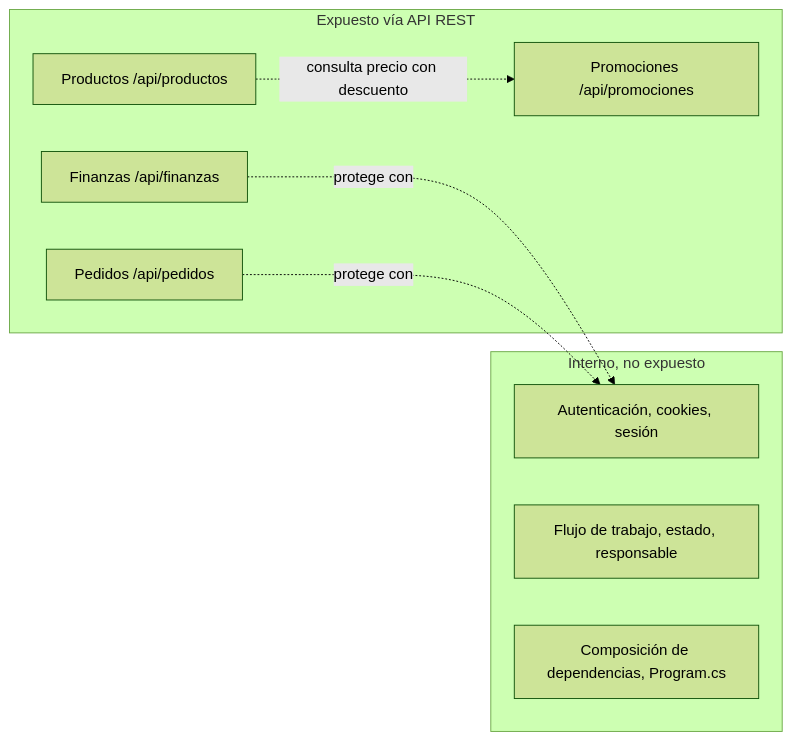
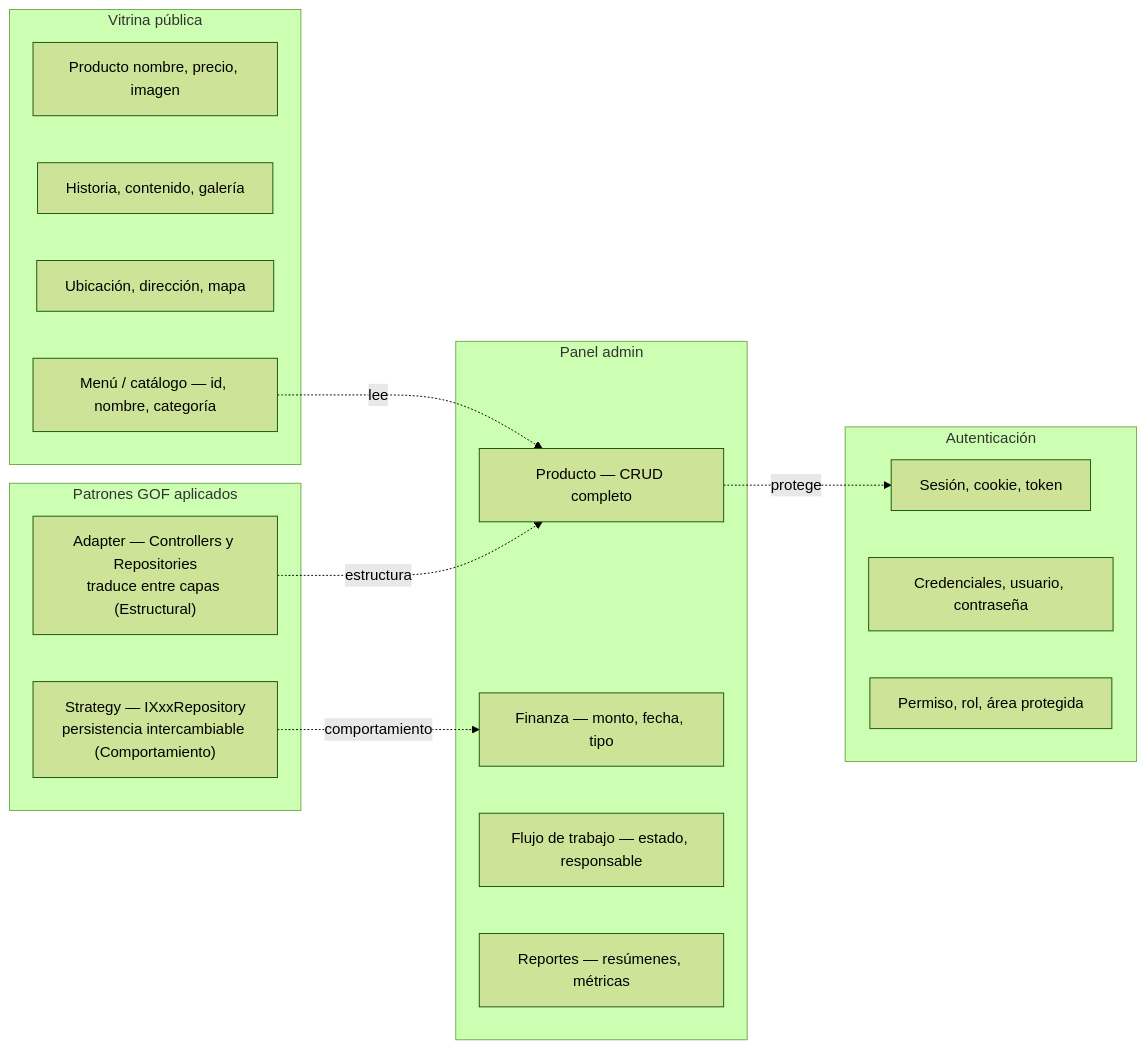
Before and after one commit to Joako601/Proyecto-Jo: the third of 3 diagrams in ProyectoJo.Web/ADRs/ARD-05-Joaquin-Uriona.md, drawn with Mermaid (forest theme). The commit also changed other lines of this file, not shown here.

````diff
--- a/ProyectoJo.Web/ADRs/ARD-05-Joaquin-Uriona.md
+++ b/ProyectoJo.Web/ADRs/ARD-05-Joaquin-Uriona.md
@@ -305,20 +297,33 @@
 ```mermaid
 flowchart LR
 
-    subgraph EXP ["Expuesto vía API REST"]
-        EX1["Productos /api/productos"]
-        EX2["Finanzas /api/finanzas"]
-        EX3["Pedidos /api/pedidos"]
-        EX4["Promociones /api/promociones"]
+    subgraph VP ["Vitrina pública"]
+        VP1["Producto nombre, precio, imagen"]
+        VP2["Historia, contenido, galería"]
+        VP3["Ubicación, dirección, mapa"]
+        VP4["Menú / catálogo — id, nombre, categoría"]
     end
 
-    subgraph INT ["Interno, no expuesto"]
-        IN1["Autenticación, cookies, sesión"]
-        IN2["Flujo de trabajo, estado, responsable"]
-        IN3["Composición de dependencias, Program.cs"]
+    subgraph PA ["Panel admin"]
+        PA1["Producto — CRUD completo"]
+        PA2["Finanza — monto, fecha, tipo"]
+        PA3["Flujo de trabajo — estado, responsable"]
+        PA4["Reportes — resúmenes, métricas"]
     end
 
-    EX1 -. "consulta precio con descuento" .-> EX4
-    EX2 -. "protege con" .-> IN1
-    EX3 -. "protege con" .-> IN1
+    subgraph AU ["Autenticación"]
+        AU1["Sesión, cookie, token"]
+        AU2["Credenciales, usuario, contraseña"]
+        AU3["Permiso, rol, área protegida"]
+    end
+
+    subgraph GOF ["Patrones GOF aplicados"]
+        G1["Adapter — Controllers y Repositories\ntraduce entre capas (Estructural)"]
+        G2["Strategy — IXxxRepository\npersistencia intercambiable (Comportamiento)"]
+    end
+
+    VP4 -. "lee" .-> PA1
+    PA1 -. "protege" .-> AU1
+    G1 -. "estructura" .-> PA1
+    G2 -. "comportamiento" .-> PA2
 ```
````
